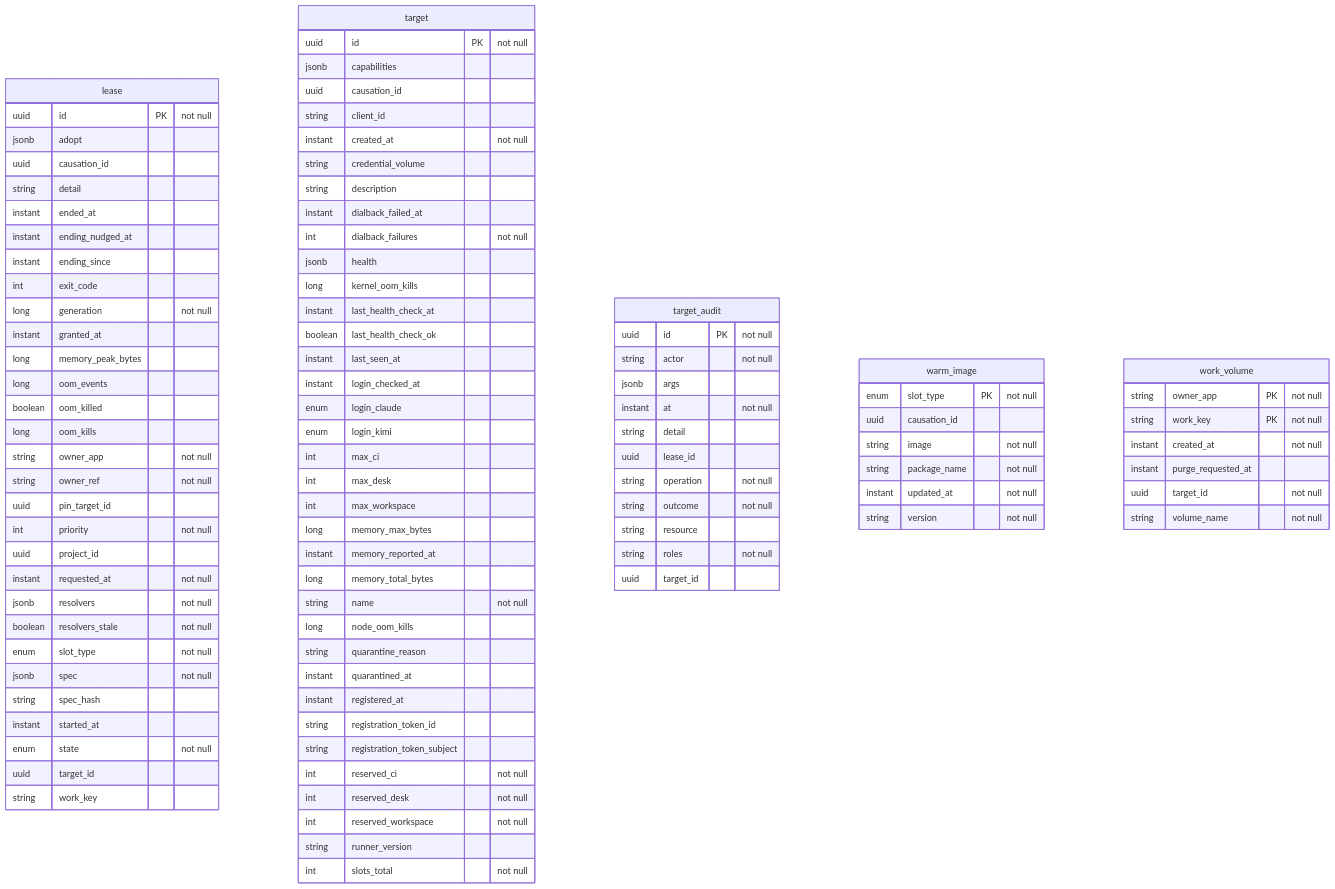
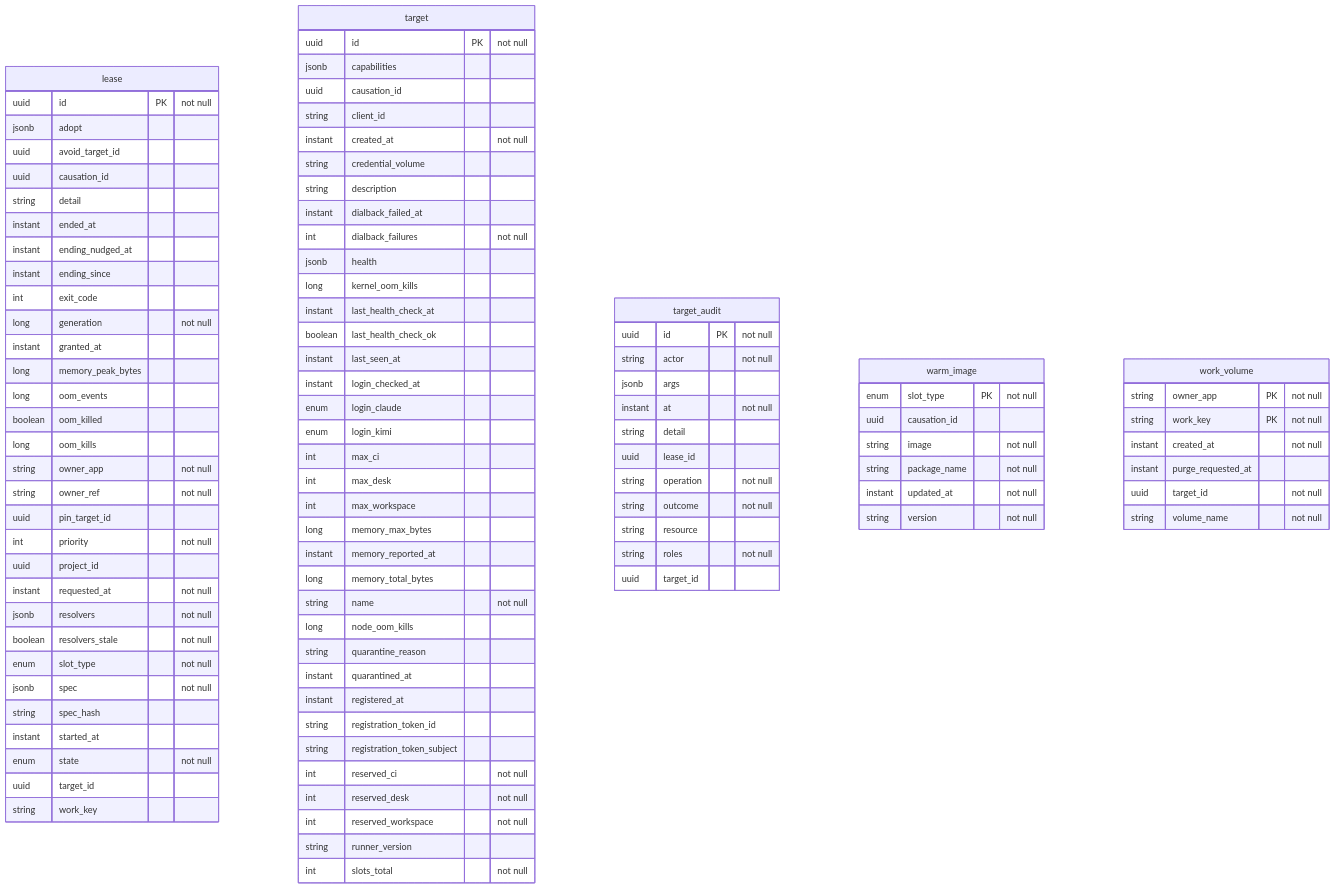
One commit to QuicklyIterateTheSoftware/qits-system-service changed the diagram in docs/database/system.md. Above: the diagram before and after it, drawn with Mermaid.

Commit message:
chore(qits-2382): update entity diagram

```diff
--- a/docs/database/system.md
+++ b/docs/database/system.md
@@ -9,6 +9,7 @@
   lease {
     uuid id PK "not null"
     jsonb adopt
+    uuid avoid_target_id
     uuid causation_id
     string detail
     instant ended_at
```
